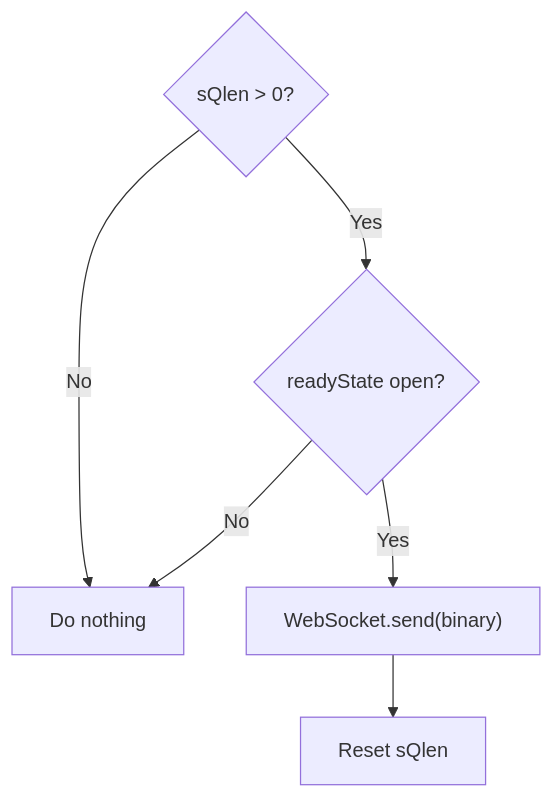
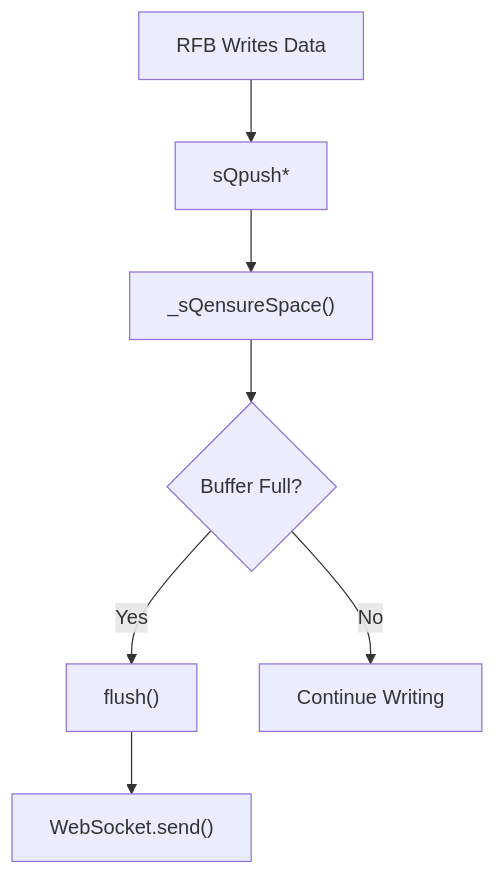
Before and after one commit to Ylianst/MeshCentral: the fourth of 7 diagrams in docs/reference/architecture/websock/websock.md, drawn with Mermaid. The commit also changed other lines of this file and 642 other files, not shown here.

````diff
--- a/docs/reference/architecture/websock/websock.md
+++ b/docs/reference/architecture/websock/websock.md
@@ -187,9 +164,9 @@
 ```mermaid
 flowchart TD
-    HasData{"sQlen > 0?"}
-    HasData -->|"No"| Done["Do nothing"]
-    HasData -->|"Yes"| State{"readyState open?"}
-    State -->|"No"| Done
-    State -->|"Yes"| Send["WebSocket.send(binary)"]
-    Send --> Reset["Reset sQlen"]
+    RFBWrite["RFB Writes Data"] --> Push["sQpush*"]
+    Push --> Ensure["_sQensureSpace()"]
+    Ensure --> FlushCheck{"Buffer Full?"}
+    FlushCheck -->|"Yes"| Flush["flush()"]
+    FlushCheck -->|"No"| Continue["Continue Writing"]
+    Flush --> Send["WebSocket.send()"]
 ```
````
